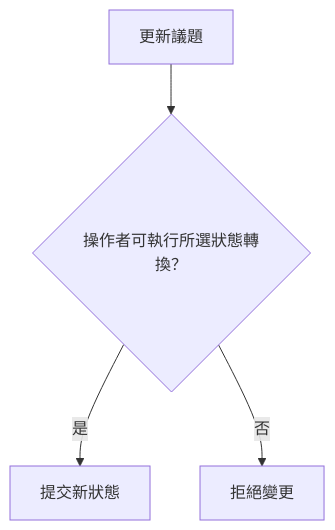
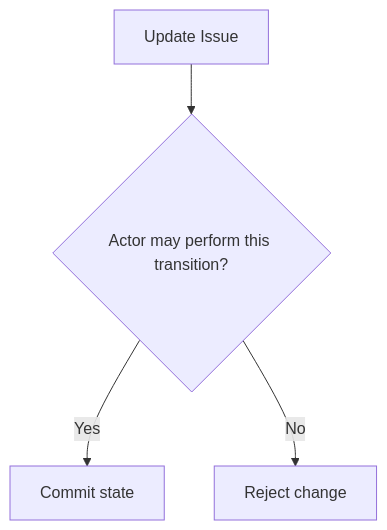
The diagram in docs/domains/repository/issue/README.md (963sup/line-mini-app-bot), drawn with Mermaid before and after one commit. The commit also changed other lines of this file and 341 other files, not shown here.

````diff
--- a/docs/domains/repository/issue/README.md
+++ b/docs/domains/repository/issue/README.md
@@ -27,6 +33,6 @@
 ```mermaid
 flowchart TD
-    start["更新議題"] --> gate{"操作者可執行所選狀態轉換？"}
-    gate -->|是| ok["提交新狀態"]
-    gate -->|否| stop["拒絕變更"]
+    start["Update Issue"] --> gate{"Actor may perform this transition?"}
+    gate -->|Yes| ok["Commit state"]
+    gate -->|No| stop["Reject change"]
 ```
````
